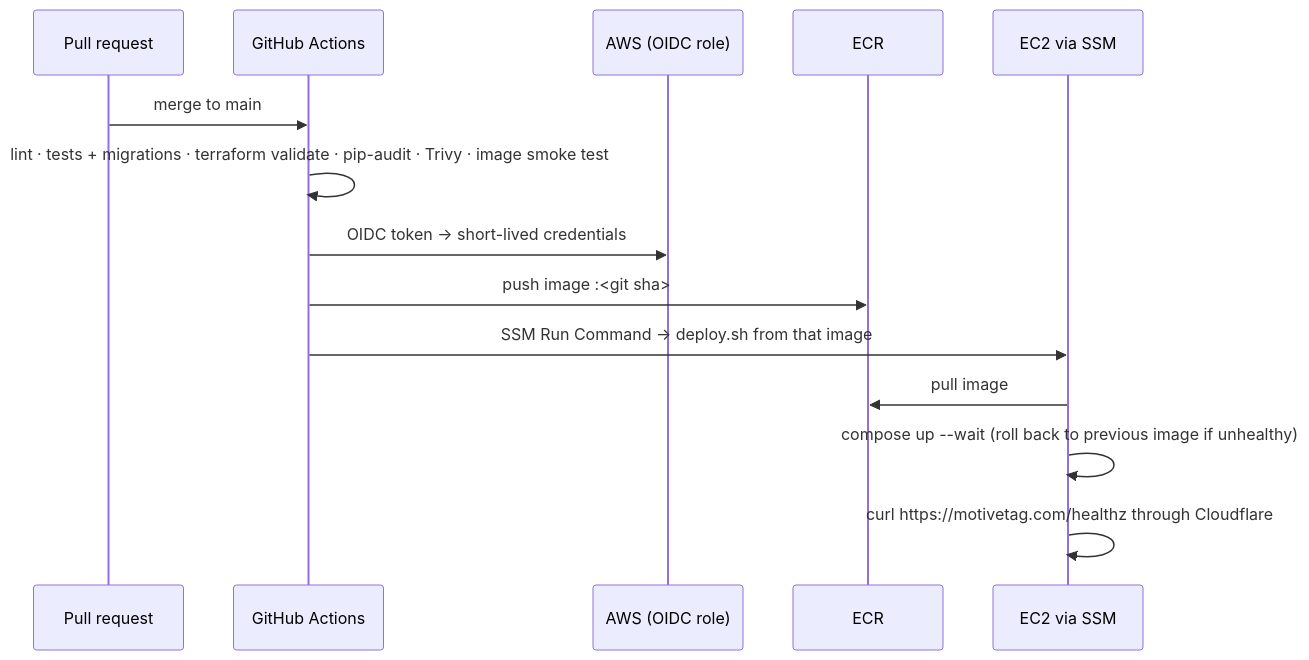
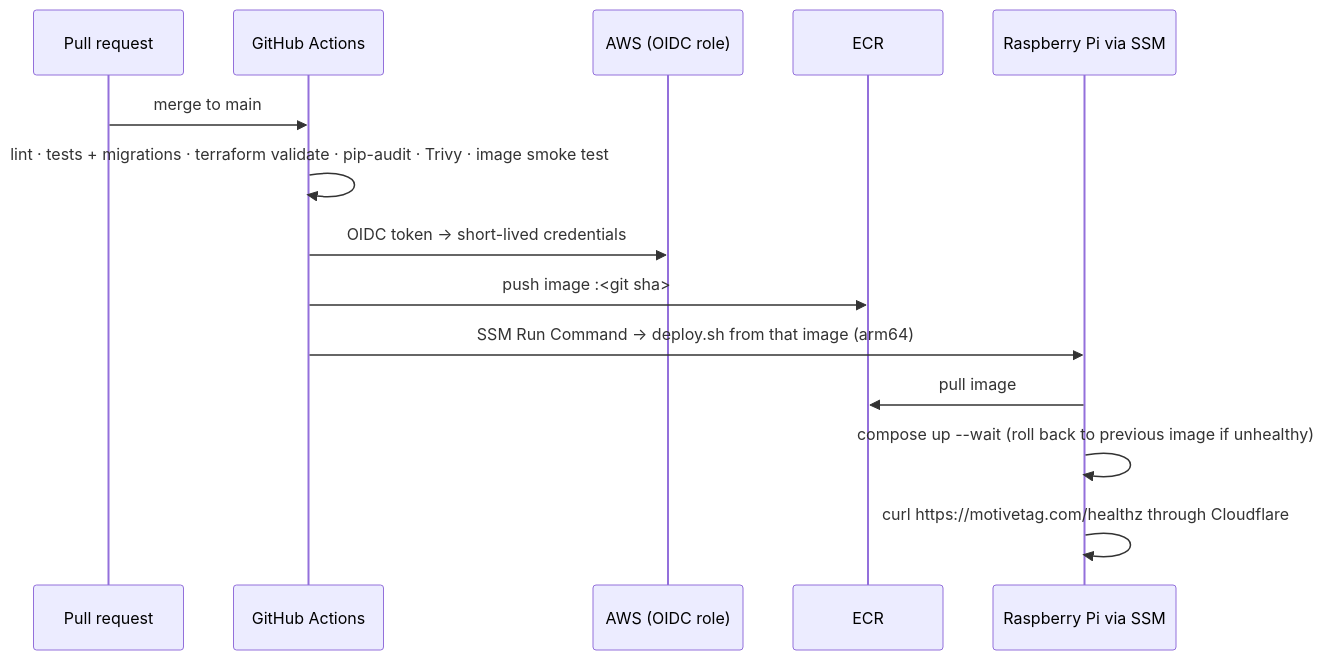
Before and after one commit to skywalker0823/motivetag: the second of 2 diagrams in README.md, drawn with Mermaid. The commit also changed other lines of this file and 25 other files, not shown here.

First line of the commit message:
Move hosting from EC2 to a Raspberry Pi behind a Cloudflare Tunnel

````diff
--- a/README.md
+++ b/README.md
@@ -42,16 +48,16 @@
 ```mermaid
 sequenceDiagram
     participant Dev as Pull request
     participant GH as GitHub Actions
     participant AWS as AWS (OIDC role)
     participant ECR
-    participant EC2 as EC2 via SSM
+    participant Pi as Raspberry Pi via SSM
     Dev->>GH: merge to main
     GH->>GH: lint · tests + migrations · terraform validate · pip-audit · Trivy · image smoke test
     GH->>AWS: OIDC token → short-lived credentials
     GH->>ECR: push image :<git sha>
-    GH->>EC2: SSM Run Command → deploy.sh from that image
-    EC2->>ECR: pull image
-    EC2->>EC2: compose up --wait (roll back to previous image if unhealthy)
-    EC2->>EC2: curl https://motivetag.com/healthz through Cloudflare
+    GH->>Pi: SSM Run Command → deploy.sh from that image (arm64)
+    Pi->>ECR: pull image
+    Pi->>Pi: compose up --wait (roll back to previous image if unhealthy)
+    Pi->>Pi: curl https://motivetag.com/healthz through Cloudflare
 ```
````
